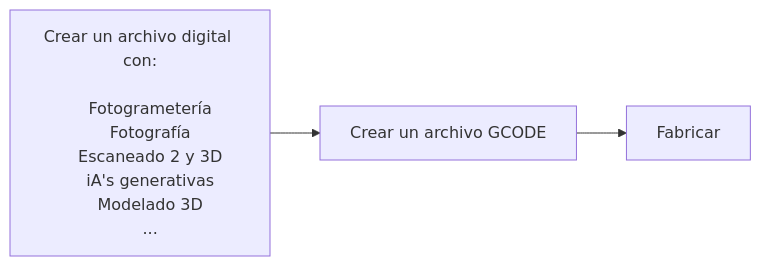
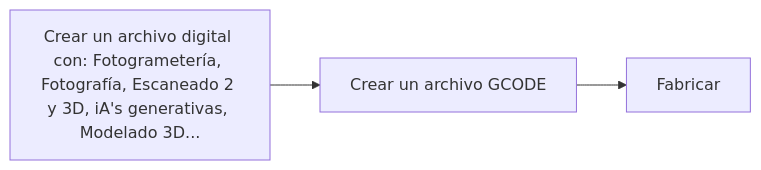
Before and after one commit to hacklabUCM/hacklabucm.github.io: the diagram in content/docs/flujo.md, drawn with Mermaid.

````diff
--- a/content/docs/flujo.md
+++ b/content/docs/flujo.md
@@ -8,15 +8,8 @@
 ```mermaid
 flowchart LR
-    pasoUno["Crear un archivo digital con:
-    
-    Fotogrametería
-    Fotografía
-    Escaneado 2 y 3D
-    iA's generativas
-    Modelado 3D
-    ..."]
+    pasoUno["Crear un archivo digital con: Fotogrametería, Fotografía, Escaneado 2 y 3D, iA's generativas, Modelado 3D..."]
     pasoDos["`Crear un archivo GCODE`"]
     pasoTres["`Fabricar`"]
 
     pasoUno --> pasoDos --> pasoTres
 ```
````
